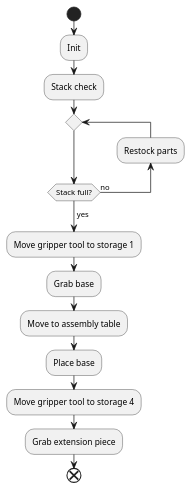
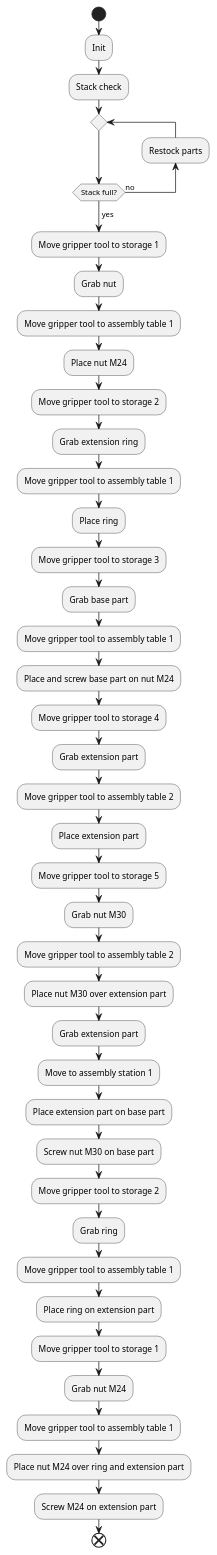
One commit to TheGamingDwarf/PS_diagrams changed the diagram in Activity_diagram.puml. Above: the diagram before and after it, drawn with PlantUML.

Commit message:
Extended activity diagram (nominal, no errors)

```diff
--- a/Activity_diagram.puml
+++ b/Activity_diagram.puml
@@ -1,19 +1,46 @@
-@startuml acitvity_diagram
+@startuml acitvity_diagram_nominal
 start
 
 :Init;
 :Stack check;
 repeat
 backward:Restock parts;
 repeat while (Stack full?) is (no)
 ->yes;
 :Move gripper tool to storage 1;
-:Grab base;
-:Move to assembly table;
-:Place base;
+:Grab nut;
+:Move gripper tool to assembly table 1;
+:Place nut M24;
+:Move gripper tool to storage 2;
+:Grab extension ring;
+:Move gripper tool to assembly table 1;
+:Place ring;
+:Move gripper tool to storage 3;
+:Grab base part;
+:Move gripper tool to assembly table 1;
+:Place and screw base part on nut M24;
 :Move gripper tool to storage 4;
-:Grab extension piece;
+:Grab extension part;
+:Move gripper tool to assembly table 2;
+:Place extension part;
+:Move gripper tool to storage 5;
+:Grab nut M30;
+:Move gripper tool to assembly table 2;
+:Place nut M30 over extension part;
+:Grab extension part;
+:Move to assembly station 1;
+:Place extension part on base part;
+:Screw nut M30 on base part;
+:Move gripper tool to storage 2;
+:Grab ring;
+:Move gripper tool to assembly table 1;
+:Place ring on extension part;
+:Move gripper tool to storage 1;
+:Grab nut M24;
+:Move gripper tool to assembly table 1;
+:Place nut M24 over ring and extension part;
+:Screw M24 on extension part;
 
 end
 
 @enduml
```
